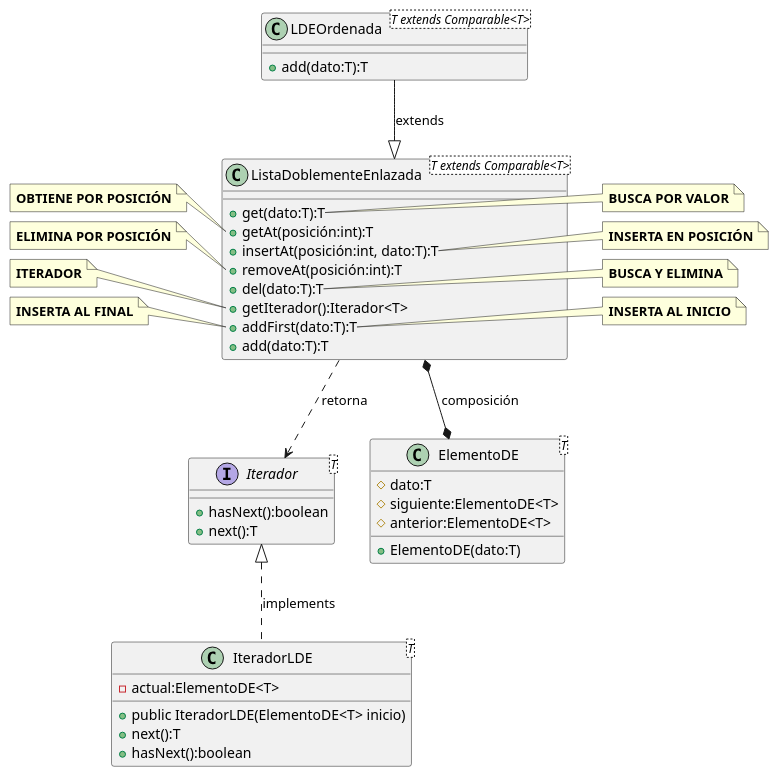
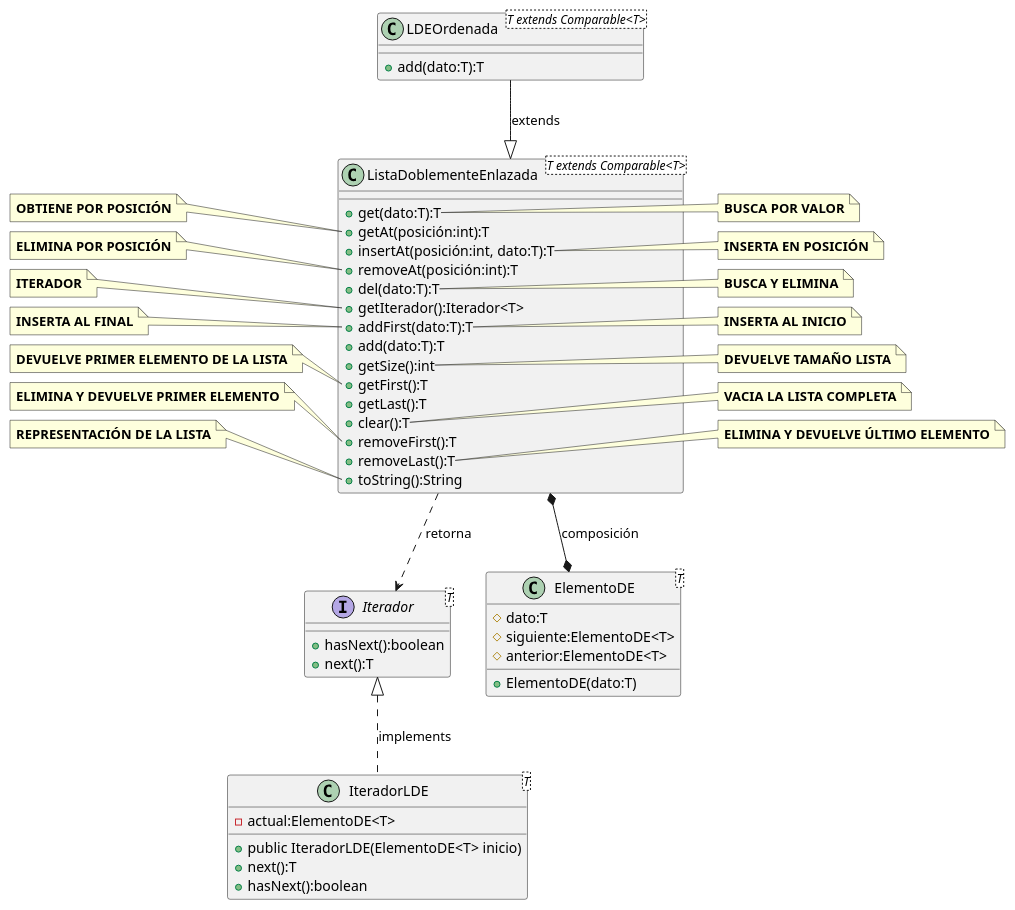
One commit to hugob-gl07/Estructura-Datos changed the diagram in src/LDE/Diagrama LDE.puml. Above: the diagram before and after it, drawn with PlantUML. The commit also changed 5 other files, not shown here.

```diff
--- a/src/LDE/Diagrama LDE.puml
+++ b/src/LDE/Diagrama LDE.puml
@@ -1,68 +1,98 @@
-@startuml
+ @startuml
 class IteradorLDE<T>{
     - actual:ElementoDE<T>
     + public IteradorLDE(ElementoDE<T> inicio)
     + next():T
     + hasNext():boolean
 }
 class ElementoDE<T>{
     # dato:T
     # siguiente:ElementoDE<T>
     # anterior:ElementoDE<T>
     + ElementoDE(dato:T)
 }
 interface Iterador<T>{
     + hasNext():boolean
     + next():T
 }
 class LDEOrdenada<T extends Comparable<T>>{
     + add(dato:T):T
 }
 class ListaDoblementeEnlazada <T extends Comparable<T>>{
     + get(dato:T):T
     + getAt(posición:int):T
     + insertAt(posición:int, dato:T):T
     + removeAt(posición:int):T
     + del(dato:T):T
     + getIterador():Iterador<T>
     + addFirst(dato:T):T
     + add(dato:T):T
+    + getSize():int
+    + getFirst():T
+    + getLast():T
+    + clear():T
+    + removeFirst():T
+    + removeLast():T
+    + toString():String
 }
 LDEOrdenada -down-|> ListaDoblementeEnlazada : extends
 IteradorLDE .up.|> Iterador : implements
 ListaDoblementeEnlazada *--* ElementoDE : composición
 ListaDoblementeEnlazada ..> Iterador : retorna
 
 note right of ListaDoblementeEnlazada::get
 **BUSCA POR VALOR**
 end note
 
 note left of ListaDoblementeEnlazada::getAt
 **OBTIENE POR POSICIÓN**
 end note
 
 note right of ListaDoblementeEnlazada::insertAt
 **INSERTA EN POSICIÓN**
 end note
 
 note left of ListaDoblementeEnlazada::removeAt
 **ELIMINA POR POSICIÓN**
 end note
 
 note right of ListaDoblementeEnlazada::del
 **BUSCA Y ELIMINA**
 end note
 
 note left of ListaDoblementeEnlazada::getIterador
 **ITERADOR**
 end note
 
 note right of ListaDoblementeEnlazada::addFirst
 **INSERTA AL INICIO**
 end note
 
 note left of ListaDoblementeEnlazada::add
 **INSERTA AL FINAL**
 end note
 
+note right of ListaDoblementeEnlazada::getSize
+**DEVUELVE TAMAÑO LISTA**
+end note
+
+note left of ListaDoblementeEnlazada::getFirst
+**DEVUELVE PRIMER ELEMENTO DE LA LISTA**
+end note
+
+note right of ListaDoblementeEnlazada::clear
+**VACIA LA LISTA COMPLETA**
+end note
+
+note left of ListaDoblementeEnlazada::removeFirst
+**ELIMINA Y DEVUELVE PRIMER ELEMENTO**
+end note
+
+note right of ListaDoblementeEnlazada::removeLast
+**ELIMINA Y DEVUELVE ÚLTIMO ELEMENTO**
+end note
+
+note left of ListaDoblementeEnlazada::toString
+**REPRESENTACIÓN DE LA LISTA**
+end note
 @enduml
```
